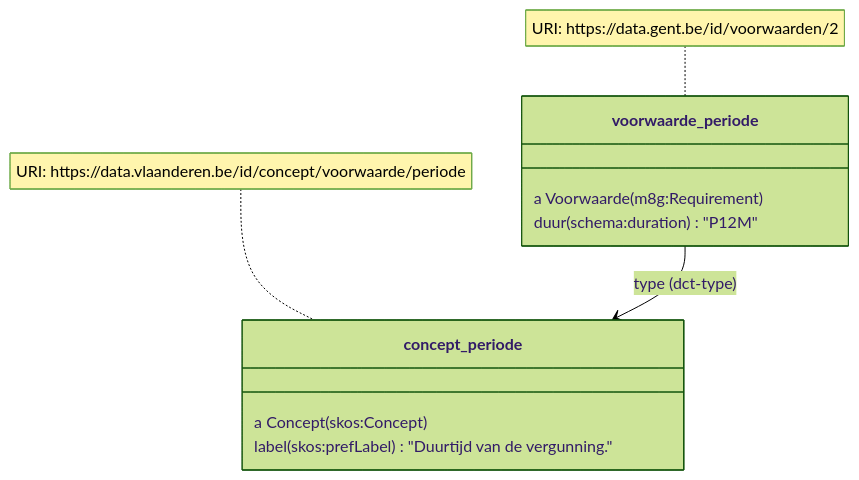
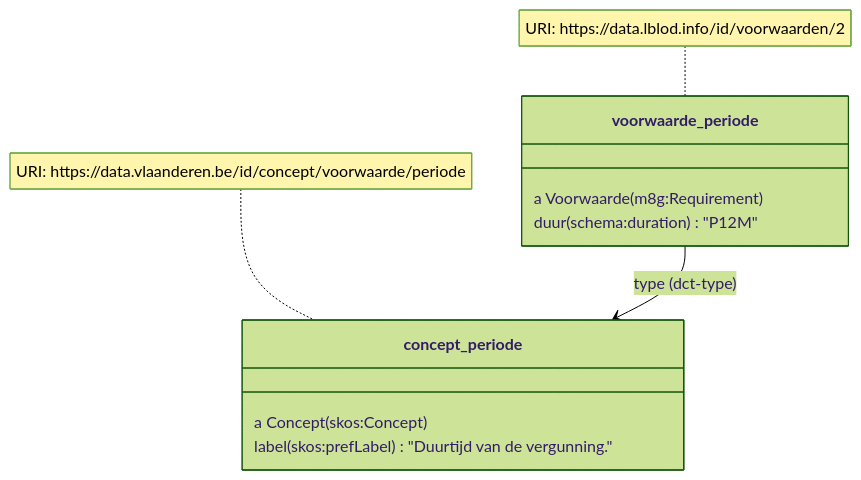
The second of 4 diagrams in README.md (lblod/implementatiemodel-citerra), drawn with Mermaid (forest theme) before and after one commit. The commit also changed other lines of this file, not shown here.

````diff
--- a/README.md
+++ b/README.md
@@ -538,14 +524,14 @@
 ```mermaid
 classDiagram
     voorwaarde_periode --> concept_periode: type (dct-type)
-    note for voorwaarde_periode "URI: https:\/\/data.gent.be\/id\/voorwaarden\/2"
+    note for voorwaarde_periode "URI: https:\/\/data.lblod.info\/id\/voorwaarden\/2"
     note for concept_periode "URI: https:\/\/data.vlaanderen.be\/id\/concept\/voorwaarde\/periode"
     class voorwaarde_periode {
       a Voorwaarde (m8g:Requirement)
       duur (schema:duration) "P12M"
     }
     class concept_periode {
       a Concept (skos:Concept)
       label (skos:prefLabel) "Duurtijd van de vergunning."
     }
 ```
````
